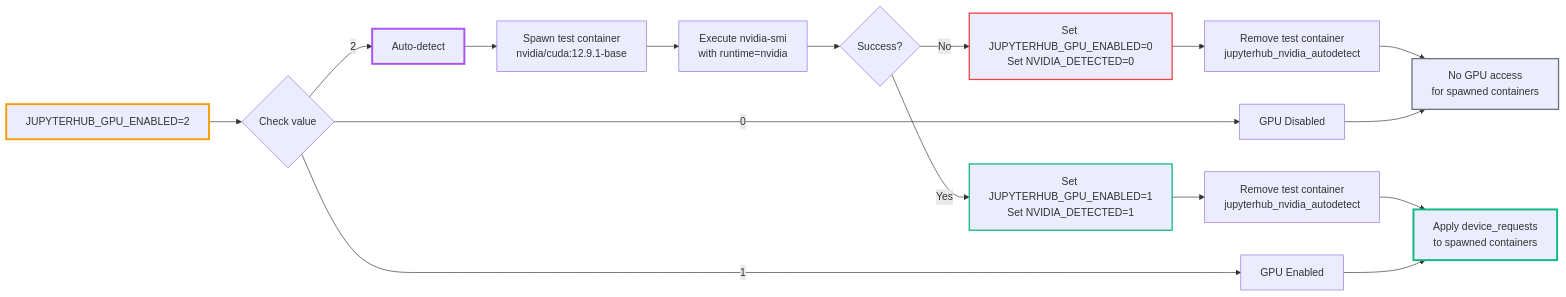
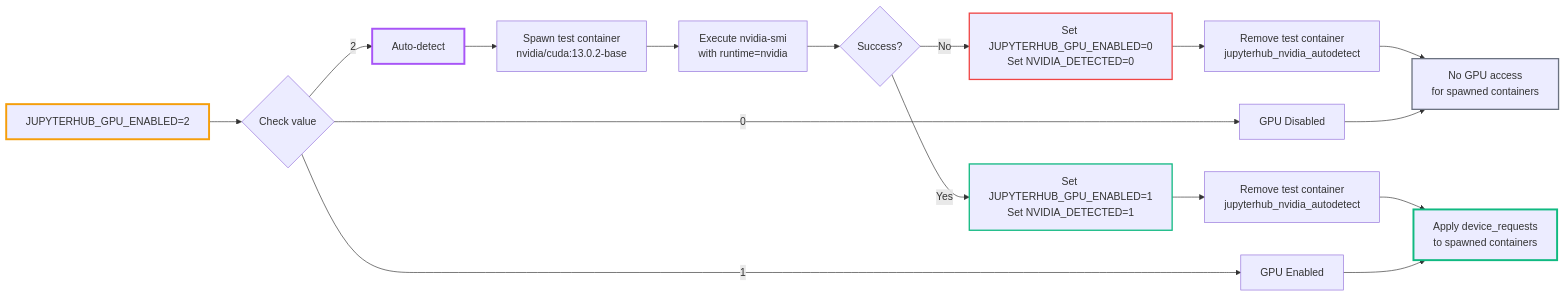
The third of 5 diagrams in README.md (stellarshenson/stellars-jupyterhub-ds), drawn with Mermaid before and after one commit. The commit also changed other lines of this file and 9 other files, not shown here.

````diff
--- a/README.md
+++ b/README.md
@@ -171,30 +171,30 @@
 ```mermaid
 graph LR
     START[JUPYTERHUB_GPU_ENABLED=2] --> CHECK{Check value}
     CHECK -->|0| DISABLED[GPU Disabled]
     CHECK -->|1| ENABLED[GPU Enabled]
     CHECK -->|2| DETECT[Auto-detect]
 
-    DETECT --> SPAWN[Spawn test container<br/>nvidia/cuda:12.9.1-base]
+    DETECT --> SPAWN[Spawn test container<br/>nvidia/cuda:13.0.2-base]
     SPAWN --> RUN[Execute nvidia-smi<br/>with runtime=nvidia]
 
     RUN --> SUCCESS{Success?}
     SUCCESS -->|Yes| SET_ON[Set JUPYTERHUB_GPU_ENABLED=1<br/>Set NVIDIA_DETECTED=1]
     SUCCESS -->|No| SET_OFF[Set JUPYTERHUB_GPU_ENABLED=0<br/>Set NVIDIA_DETECTED=0]
 
     SET_ON --> CLEANUP1[Remove test container<br/>jupyterhub_nvidia_autodetect]
     SET_OFF --> CLEANUP2[Remove test container<br/>jupyterhub_nvidia_autodetect]
 
     CLEANUP1 --> APPLY_ON[Apply device_requests<br/>to spawned containers]
     CLEANUP2 --> APPLY_OFF[No GPU access<br/>for spawned containers]
 
     ENABLED --> APPLY_ON
     DISABLED --> APPLY_OFF
 
     style START stroke:#f59e0b,stroke-width:3px
     style DETECT stroke:#a855f7,stroke-width:3px
     style SET_ON stroke:#10b981,stroke-width:2px
     style SET_OFF stroke:#ef4444,stroke-width:2px
     style APPLY_ON stroke:#10b981,stroke-width:3px
     style APPLY_OFF stroke:#6b7280,stroke-width:2px
 ```
````
